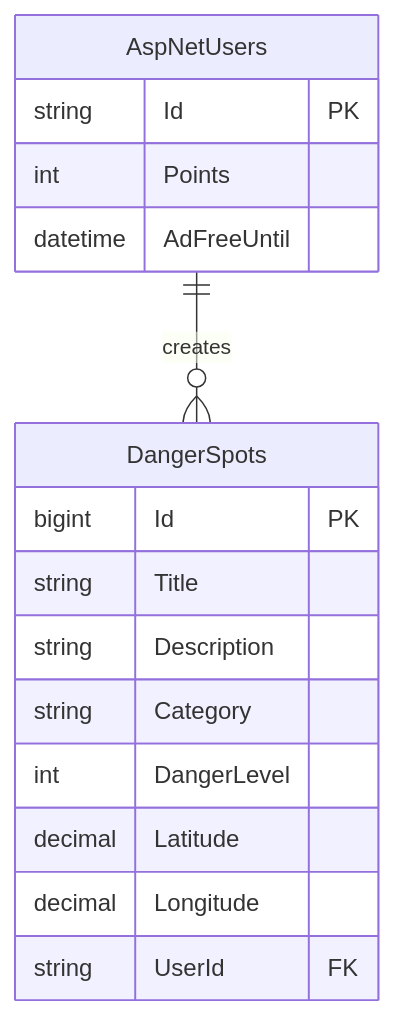
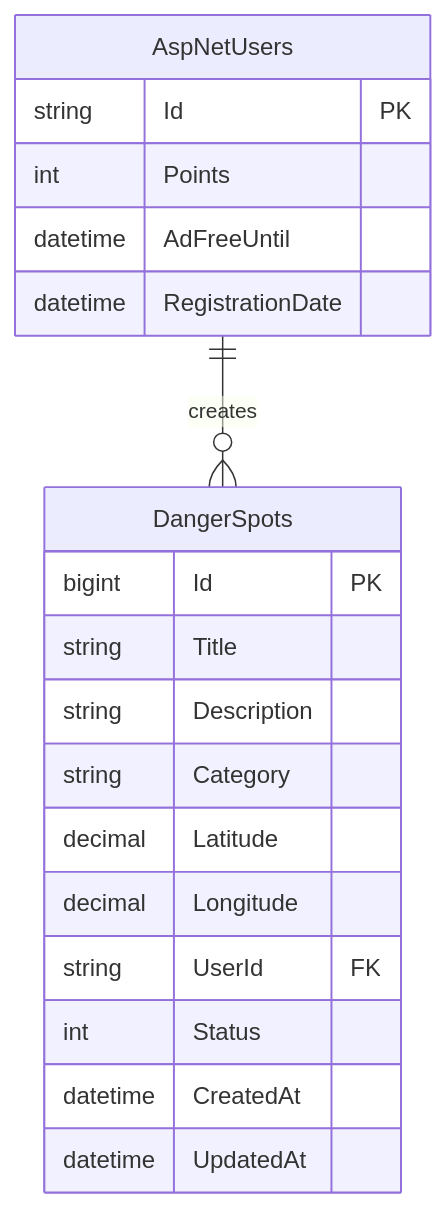
Before and after one commit to ShimosatoRen/SafeWalk-VNJP-v2: the second of 2 diagrams in DotNetStarterProject/design/内部設計書.md, drawn with Mermaid. The commit also changed other lines of this file and 4 other files, not shown here.

````diff
--- a/DotNetStarterProject/design/内部設計書.md
+++ b/DotNetStarterProject/design/内部設計書.md
@@ -46,22 +54,25 @@
 ```mermaid
 erDiagram
 
     AspNetUsers ||--o{ DangerSpots : creates
 
     AspNetUsers {
         string Id PK
         int Points
         datetime AdFreeUntil
+        datetime RegistrationDate
     }
 
     DangerSpots {
         bigint Id PK
         string Title
         string Description
         string Category
-        int DangerLevel
         decimal Latitude
         decimal Longitude
         string UserId FK
+        int Status
+        datetime CreatedAt
+        datetime UpdatedAt
     }
 ```
````
